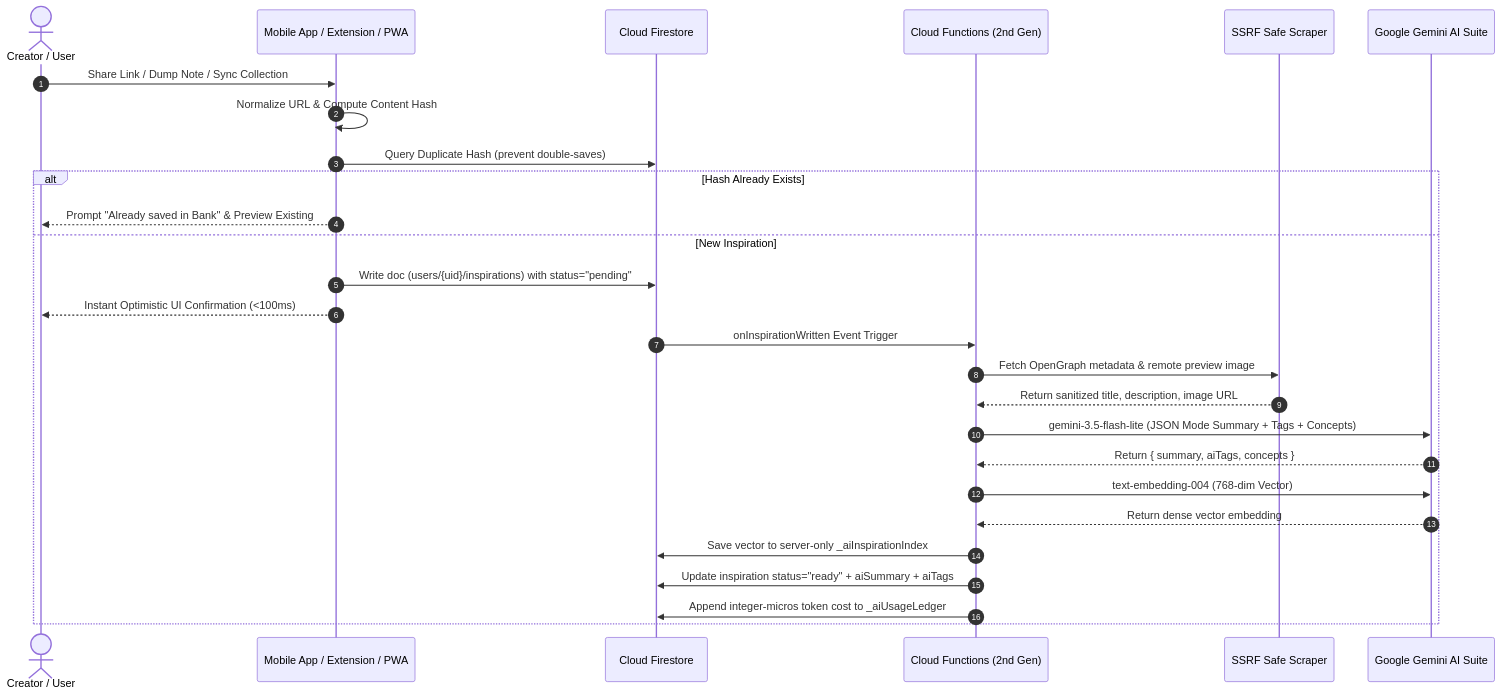
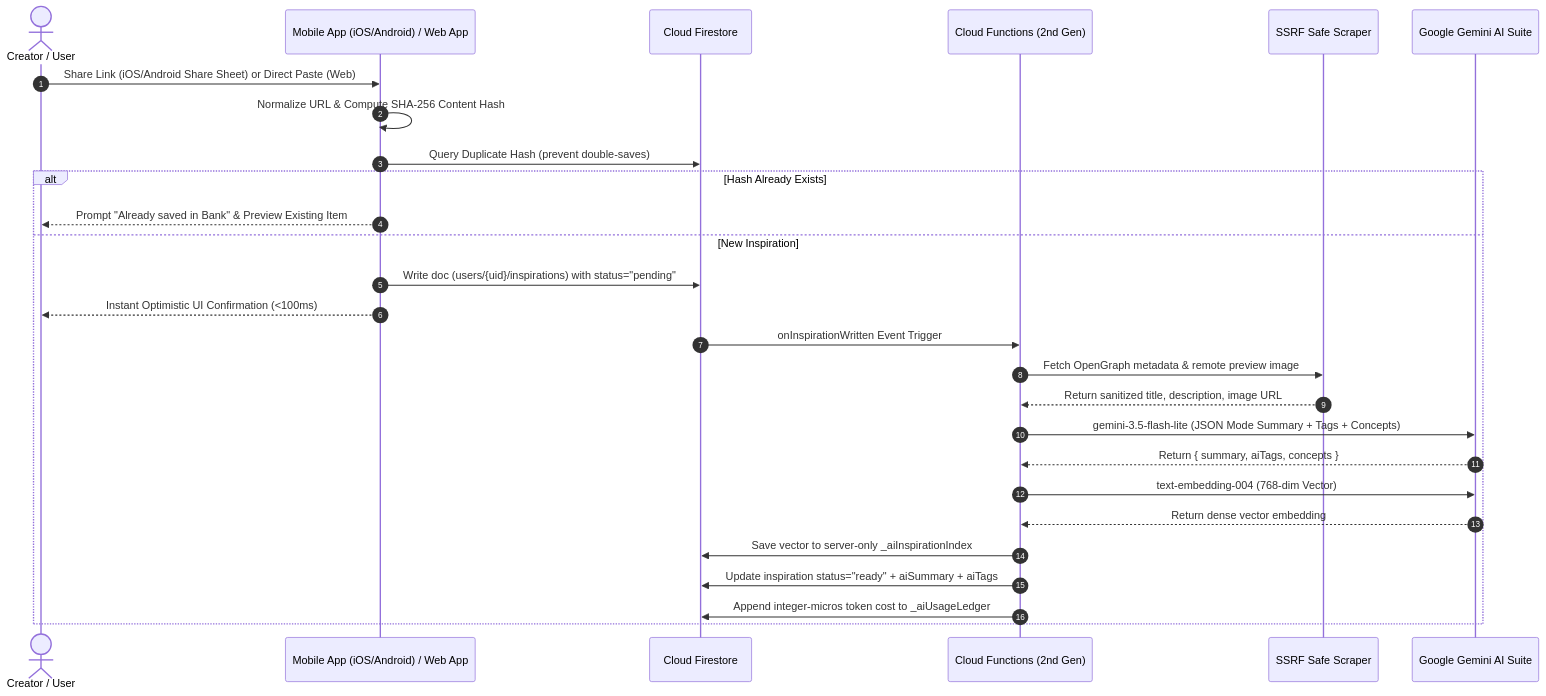
The second of 6 diagrams in submission.md (ernestpascual/rut-app), drawn with Mermaid before and after one commit. The commit also changed other lines of this file, not shown here.

Commit message:
docs: enrich submission.md with explicit Web, Mobile (iOS/Android), and Chrome Extension tri-surface ecosystem

````diff
--- a/submission.md
+++ b/submission.md
@@ -103,30 +136,30 @@
 ```mermaid
 sequenceDiagram
     autonumber
     actor User as Creator / User
-    participant App as Mobile App / Extension / PWA
+    participant App as Mobile App (iOS/Android) / Web App
     participant FS as Cloud Firestore
     participant Fn as Cloud Functions (2nd Gen)
     participant Scraper as SSRF Safe Scraper
     participant Gemini as Google Gemini AI Suite
     
-    User->>App: Share Link / Dump Note / Sync Collection
-    App->>App: Normalize URL & Compute Content Hash
+    User->>App: Share Link (iOS/Android Share Sheet) or Direct Paste (Web)
+    App->>App: Normalize URL & Compute SHA-256 Content Hash
     App->>FS: Query Duplicate Hash (prevent double-saves)
     alt Hash Already Exists
-        App-->>User: Prompt "Already saved in Bank" & Preview Existing
+        App-->>User: Prompt "Already saved in Bank" & Preview Existing Item
     else New Inspiration
         App->>FS: Write doc (users/{uid}/inspirations) with status="pending"
         App-->>User: Instant Optimistic UI Confirmation (<100ms)
         FS->>Fn: onInspirationWritten Event Trigger
         Fn->>Scraper: Fetch OpenGraph metadata & remote preview image
         Scraper-->>Fn: Return sanitized title, description, image URL
         Fn->>Gemini: gemini-3.5-flash-lite (JSON Mode Summary + Tags + Concepts)
         Gemini-->>Fn: Return { summary, aiTags, concepts }
         Fn->>Gemini: text-embedding-004 (768-dim Vector)
         Gemini-->>Fn: Return dense vector embedding
         Fn->>FS: Save vector to server-only _aiInspirationIndex
         Fn->>FS: Update inspiration status="ready" + aiSummary + aiTags
         Fn->>FS: Append integer-micros token cost to _aiUsageLedger
     end
 ```
````
